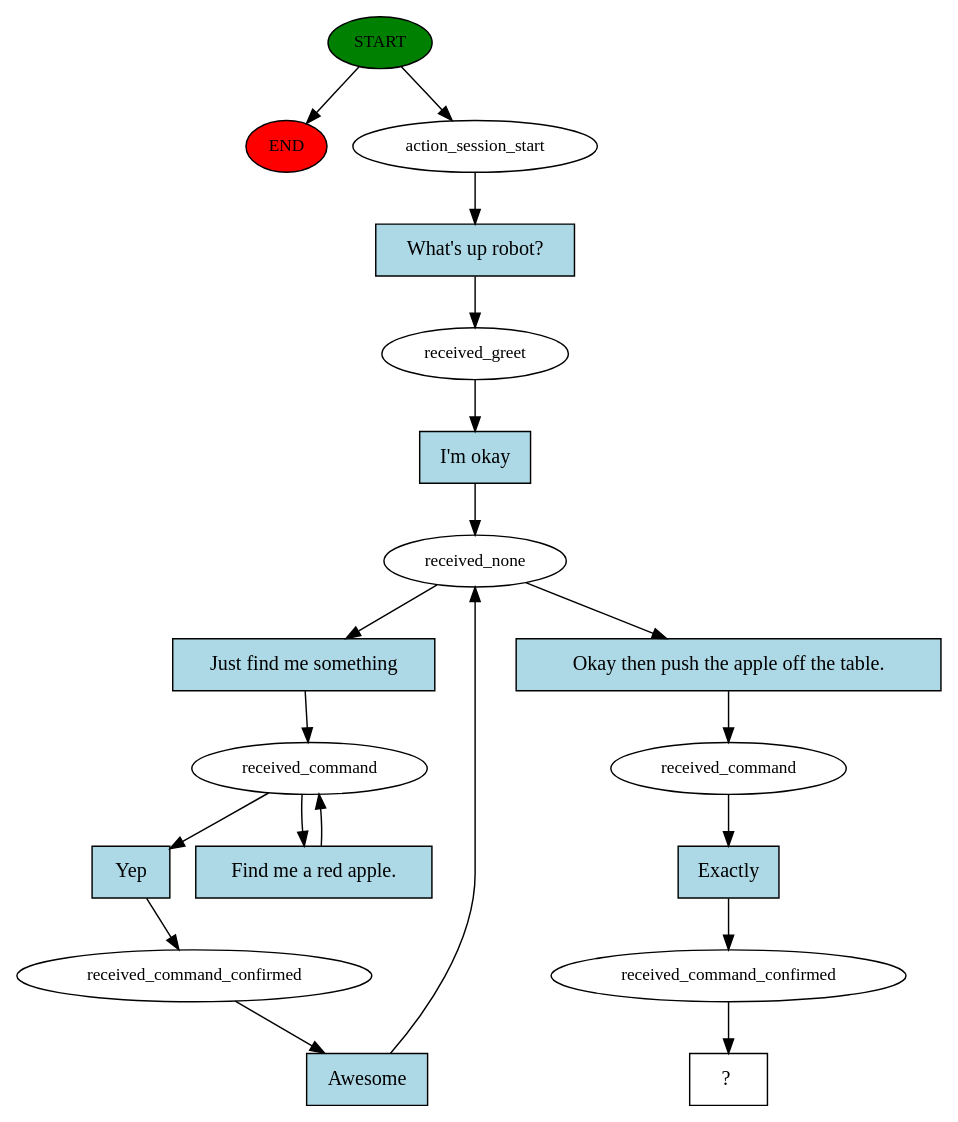
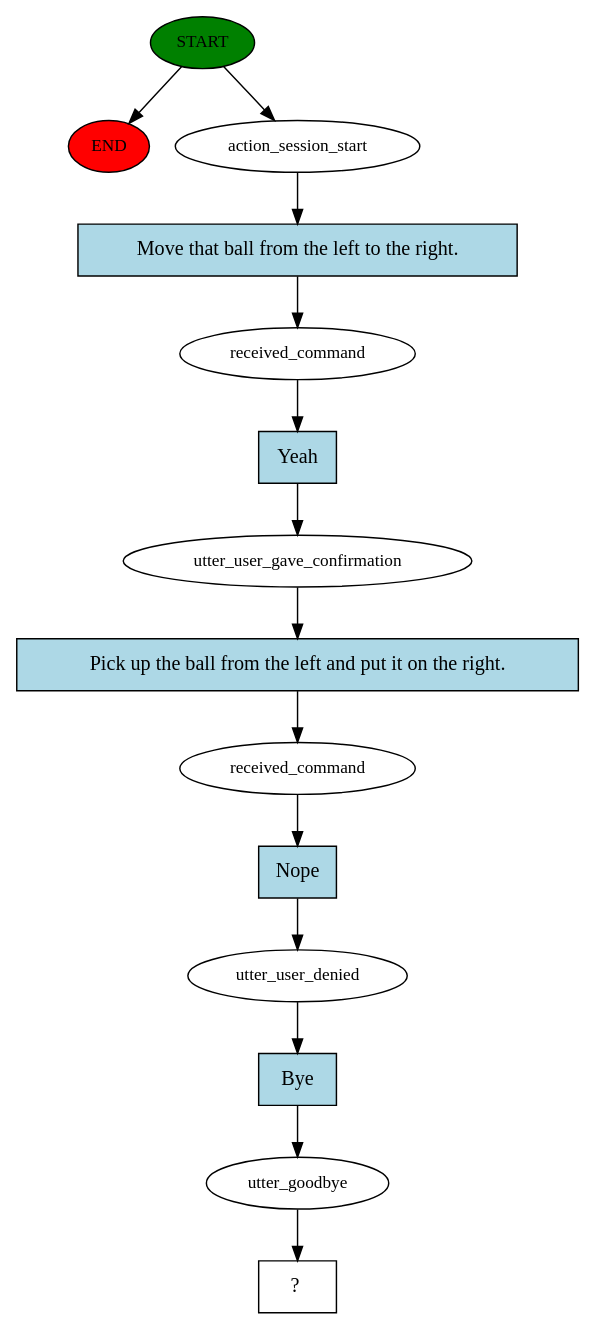
The diagram in story_graph.dot (glhr/rasa_project), drawn with Graphviz before and after one commit. The commit also changed 4 other files, not shown here.

```diff
--- a/story_graph.dot
+++ b/story_graph.dot
@@ -1,39 +1,29 @@
 digraph  {
 0 [class="start active", fillcolor=green, fontsize=12, label=START, style=filled];
 "-1" [class=end, fillcolor=red, fontsize=12, label=END, style=filled];
 1 [class=active, fontsize=12, label=action_session_start];
-2 [class=active, fontsize=12, label=received_greet];
-3 [class=active, fontsize=12, label=received_none];
+2 [class=active, fontsize=12, label=received_command];
+3 [class=active, fontsize=12, label=utter_user_gave_confirmation];
 4 [class=active, fontsize=12, label=received_command];
-6 [class=active, fontsize=12, label=received_command_confirmed];
-8 [class=active, fontsize=12, label=received_command];
-9 [class=active, fontsize=12, label=received_command_confirmed];
-10 [class="intent dashed active", label="  ?  ", shape=rect];
-11 [class="intent active", fillcolor=lightblue, label="What's up robot?", shape=rect, style=filled];
-12 [class="intent active", fillcolor=lightblue, label="I'm okay", shape=rect, style=filled];
-13 [class="intent active", fillcolor=lightblue, label="Just find me something", shape=rect, style=filled];
-14 [class="intent active", fillcolor=lightblue, label="Okay then push the apple off the table.", shape=rect, style=filled];
-15 [class="intent active", fillcolor=lightblue, label=Yep, shape=rect, style=filled];
-16 [class="intent active", fillcolor=lightblue, label="Find me a red apple.", shape=rect, style=filled];
-17 [class="intent active", fillcolor=lightblue, label=Awesome, shape=rect, style=filled];
-18 [class="intent active", fillcolor=lightblue, label=Exactly, shape=rect, style=filled];
+5 [class=active, fontsize=12, label=utter_user_denied];
+6 [class=active, fontsize=12, label=utter_goodbye];
+7 [class="intent dashed active", label="  ?  ", shape=rect];
+8 [class="intent active", fillcolor=lightblue, label="Move that ball from the left to the right.", shape=rect, style=filled];
+9 [class="intent active", fillcolor=lightblue, label=Yeah, shape=rect, style=filled];
+10 [class="intent active", fillcolor=lightblue, label="Pick up the ball from the left and put it on the right.", shape=rect, style=filled];
+11 [class="intent active", fillcolor=lightblue, label=Nope, shape=rect, style=filled];
+12 [class="intent active", fillcolor=lightblue, label=Bye, shape=rect, style=filled];
 0 -> "-1"  [class="", key=NONE, label=""];
 0 -> 1  [class=active, key=NONE, label=""];
-1 -> 11  [class=active, key=0];
-2 -> 12  [class=active, key=0];
-3 -> 13  [class=active, key=0];
-3 -> 14  [class=active, key=0];
-4 -> 15  [class=active, key=0];
-4 -> 16  [class=active, key=0];
-6 -> 17  [class=active, key=0];
-8 -> 18  [class=active, key=0];
-9 -> 10  [class=active, key=NONE, label=""];
-11 -> 2  [class=active, key=0];
-12 -> 3  [class=active, key=0];
-13 -> 4  [class=active, key=0];
-14 -> 8  [class=active, key=0];
-15 -> 6  [class=active, key=0];
-16 -> 4  [class=active, key=0];
-17 -> 3  [class=active, key=0];
-18 -> 9  [class=active, key=0];
+1 -> 8  [class=active, key=0];
+2 -> 9  [class=active, key=0];
+3 -> 10  [class=active, key=0];
+4 -> 11  [class=active, key=0];
+5 -> 12  [class=active, key=0];
+6 -> 7  [class=active, key=NONE, label=""];
+8 -> 2  [class=active, key=0];
+9 -> 3  [class=active, key=0];
+10 -> 4  [class=active, key=0];
+11 -> 5  [class=active, key=0];
+12 -> 6  [class=active, key=0];
 }
```
